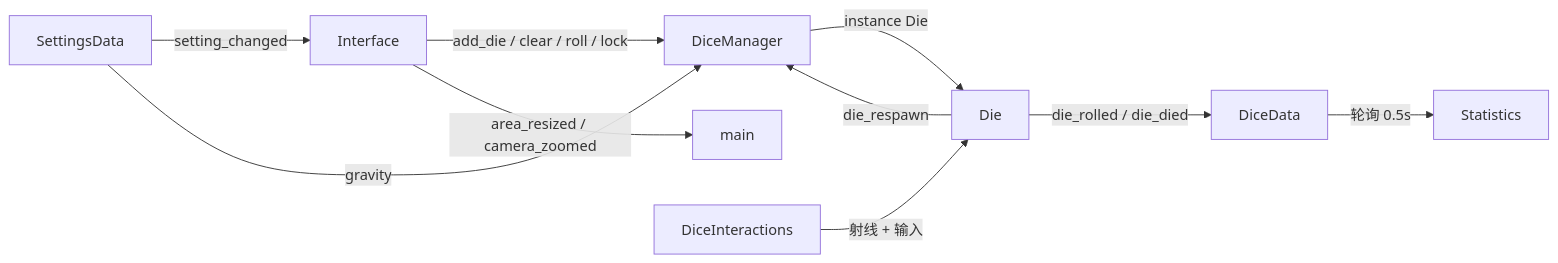
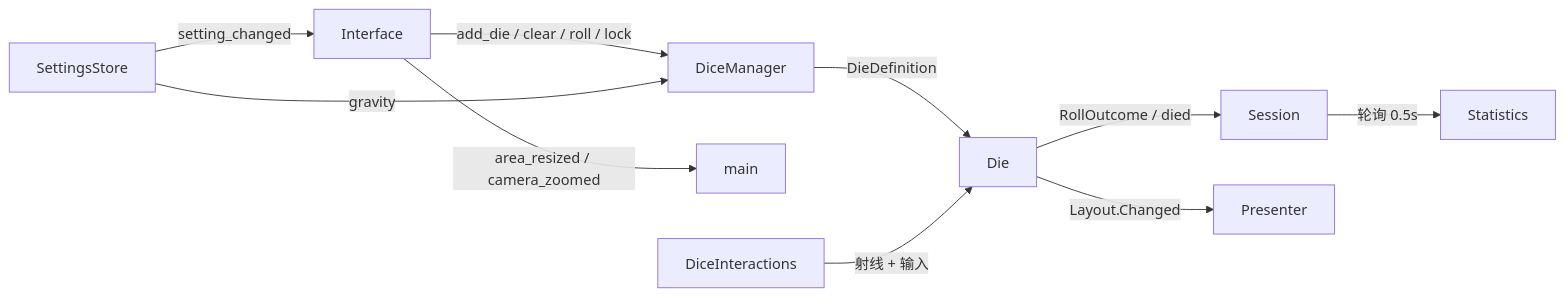
Before and after one commit to Ggross98/Godot-DiceRoller: the diagram in dice-roller/docs/项目文档.md, drawn with Mermaid. The commit also changed other lines of this file and 3 other files, not shown here.

````diff
--- a/dice-roller/docs/项目文档.md
+++ b/dice-roller/docs/项目文档.md
@@ -216,12 +264,12 @@
 ```mermaid
 flowchart LR
   UI[Interface] -->|add_die / clear / roll / lock| DM[DiceManager]
   UI -->|area_resized / camera_zoomed| Main[main]
-  DM -->|instance Die| Die
-  Die -->|die_rolled / die_died| Data[DiceData]
-  Die -->|die_respawn| DM
+  DM -->|DieDefinition| Die
+  Die -->|RollOutcome / died| Session
+  Die -->|Layout.Changed| Presenter
   Interact[DiceInteractions] -->|射线 + 输入| Die
-  Settings[SettingsData] -->|setting_changed| UI
+  Settings[SettingsStore] -->|setting_changed| UI
   Settings -->|gravity| DM
-  Data -->|轮询 0.5s| Stats[Statistics]
+  Session -->|轮询 0.5s| Stats[Statistics]
 ```
````
